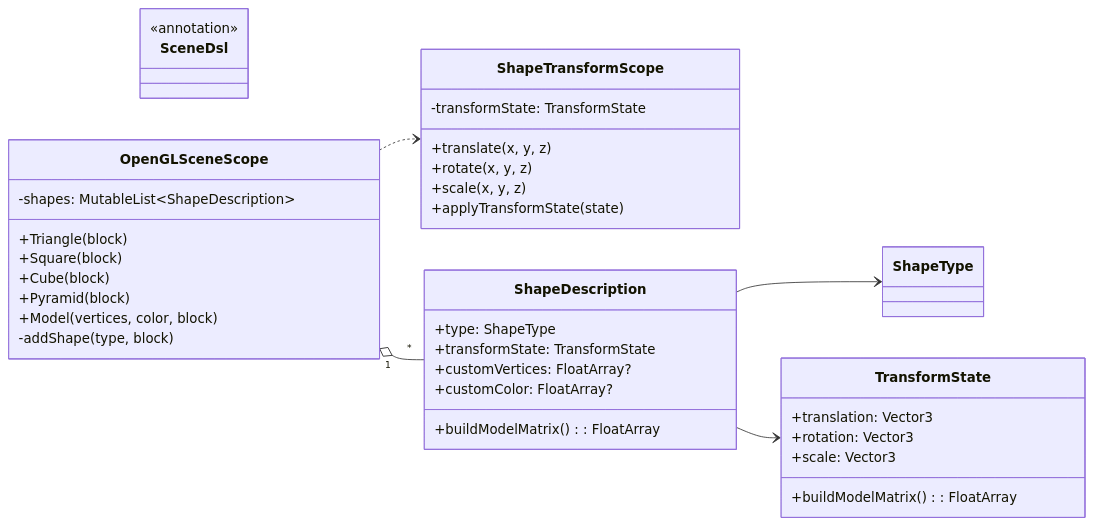
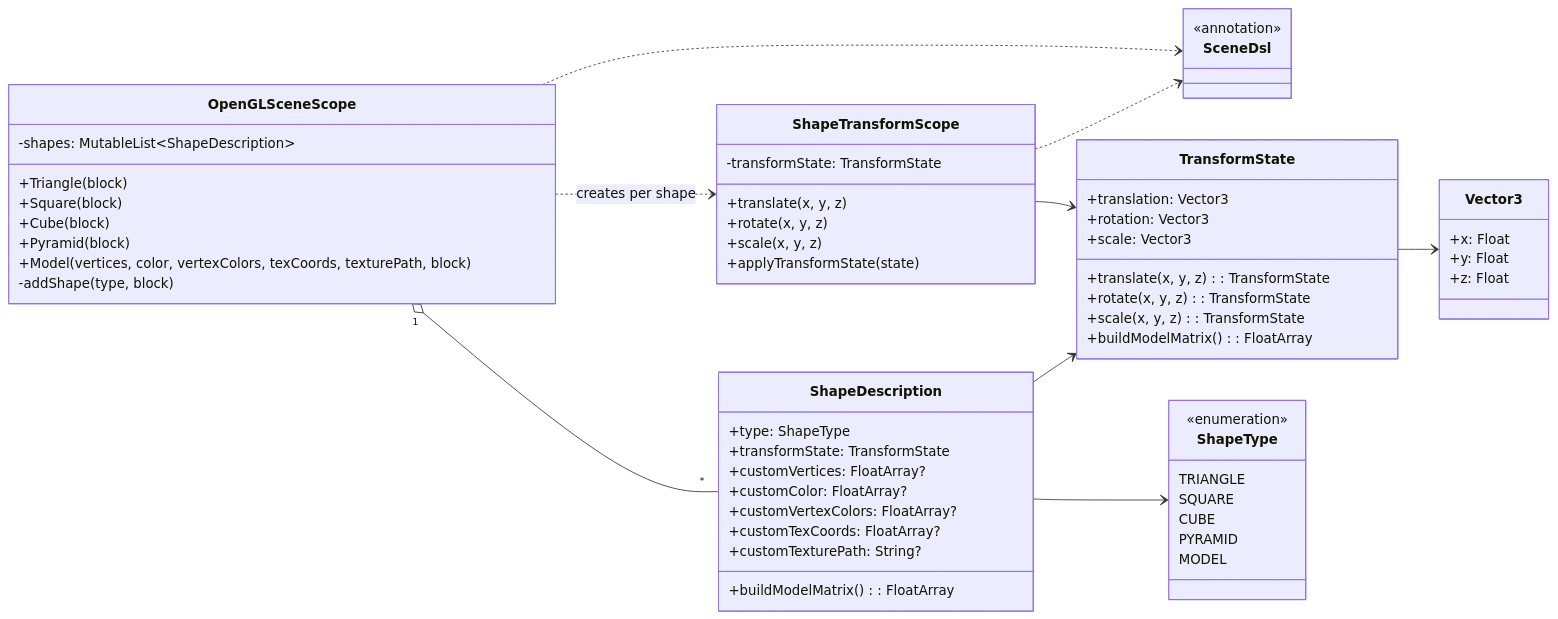
The diagram in docs/uml/01-dsl-layer.md (hr5h/GLViz), drawn with Mermaid before and after one commit. The commit also changed 11 other files, not shown here.

````diff
--- a/docs/uml/01-dsl-layer.md
+++ b/docs/uml/01-dsl-layer.md
@@ -3,46 +3,71 @@
 ```mermaid
 classDiagram
 direction LR
 
 class SceneDsl {
   <<annotation>>
 }
 
 class OpenGLSceneScope {
   -shapes: MutableList~ShapeDescription~
   +Triangle(block)
   +Square(block)
   +Cube(block)
   +Pyramid(block)
-  +Model(vertices, color, block)
+  +Model(vertices, color, vertexColors, texCoords, texturePath, block)
   -addShape(type, block)
 }
 
 class ShapeTransformScope {
   -transformState: TransformState
   +translate(x, y, z)
   +rotate(x, y, z)
   +scale(x, y, z)
   +applyTransformState(state)
 }
 
 class ShapeDescription {
   +type: ShapeType
   +transformState: TransformState
   +customVertices: FloatArray?
   +customColor: FloatArray?
+  +customVertexColors: FloatArray?
+  +customTexCoords: FloatArray?
+  +customTexturePath: String?
   +buildModelMatrix(): FloatArray
 }
 
 class TransformState {
   +translation: Vector3
   +rotation: Vector3
   +scale: Vector3
+  +translate(x, y, z): TransformState
+  +rotate(x, y, z): TransformState
+  +scale(x, y, z): TransformState
   +buildModelMatrix(): FloatArray
 }
 
+class Vector3 {
+  +x: Float
+  +y: Float
+  +z: Float
+}
+
+class ShapeType {
+  <<enumeration>>
+  TRIANGLE
+  SQUARE
+  CUBE
+  PYRAMID
+  MODEL
+}
+
 OpenGLSceneScope "1" o-- "*" ShapeDescription
-OpenGLSceneScope ..> ShapeTransformScope
+OpenGLSceneScope ..> ShapeTransformScope : creates per shape
+ShapeTransformScope --> TransformState
+ShapeDescription --> TransformState
 ShapeDescription --> ShapeType
-ShapeDescription --> TransformState
+TransformState --> Vector3
+OpenGLSceneScope ..> SceneDsl
+ShapeTransformScope ..> SceneDsl
 ```
````
